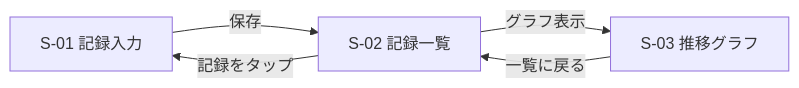
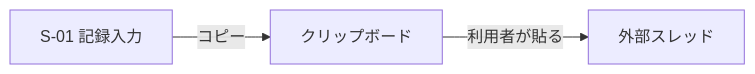
The first of 4 diagrams in docs/design.md (HaraRyonosuke/condition-tracker), drawn with Mermaid before and after one commit. The commit also changed other lines of this file and 2 other files, not shown here.

````diff
--- a/docs/design.md
+++ b/docs/design.md
@@ -15,7 +17,5 @@
 ```mermaid
 graph LR
-    S01[S-01 記録入力] -->|保存| S02[S-02 記録一覧]
-    S02 -->|記録をタップ| S01
-    S02 -->|グラフ表示| S03[S-03 推移グラフ]
-    S03 -->|一覧に戻る| S02
+    S01[S-01 記録入力] -->|コピー| Clip[クリップボード]
+    Clip -->|利用者が貼る| Thread[外部スレッド]
 ```
````
